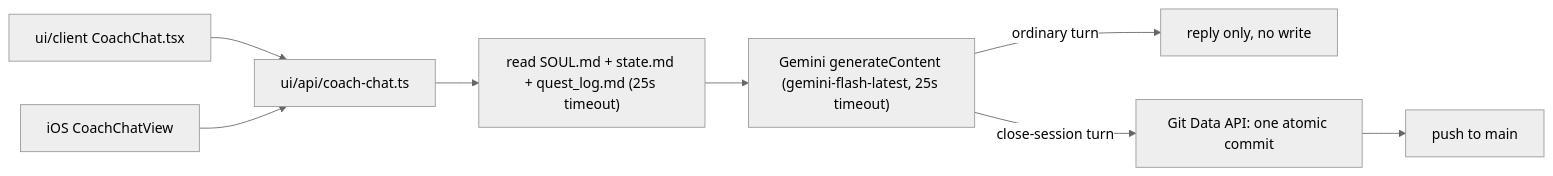
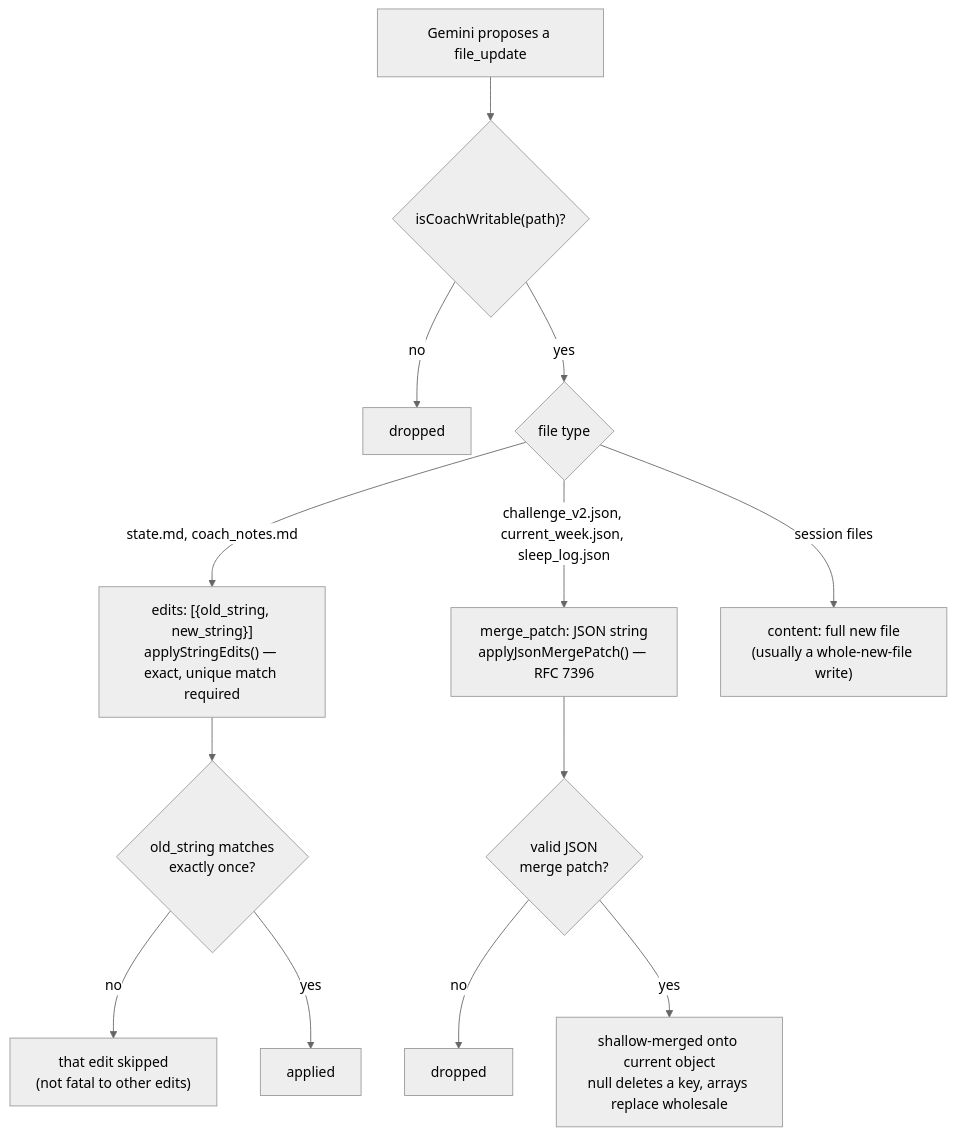
Before and after one commit to sibling-shipyard/coach-hq: the third of 4 diagrams in docs/eng-docs/coach-chat-flow.md, drawn with Mermaid (neutral theme). The commit also changed other lines of this file, not shown here.

First line of the commit message:
docs: rewrite coach-chat-flow.md for the redesigned architecture

````diff
--- a/docs/eng-docs/coach-chat-flow.md
+++ b/docs/eng-docs/coach-chat-flow.md
@@ -14,10 +145,15 @@
 ```mermaid
-flowchart LR
-    web["ui/client CoachChat.tsx"] --> api["ui/api/coach-chat.ts"]
-    ios["iOS CoachChatView"] --> api
-    api --> ctx["read SOUL.md + state.md + quest_log.md (25s timeout)"]
-    ctx --> gemini["Gemini generateContent (gemini-flash-latest, 25s timeout)"]
-    gemini -- "ordinary turn" --> reply["reply only, no write"]
-    gemini -- "close-session turn" --> gitdata["Git Data API: one atomic commit"]
-    gitdata --> repo["push to main"]
+flowchart TD
+    update["Gemini proposes a file_update"] --> writable{"isCoachWritable(path)?"}
+    writable -- no --> drop1["dropped"]
+    writable -- yes --> kind{"file type"}
+    kind -- "state.md, coach_notes.md" --> edits["edits: [{old_string, new_string}]\napplyStringEdits() — exact, unique match required"]
+    kind -- "challenge_v2.json, current_week.json, sleep_log.json" --> patch["merge_patch: JSON string\napplyJsonMergePatch() — RFC 7396"]
+    kind -- "session files" --> content["content: full new file\n(usually a whole-new-file write)"]
+    edits --> matched{"old_string matches\nexactly once?"}
+    matched -- no --> drop2["that edit skipped\n(not fatal to other edits)"]
+    matched -- yes --> applied["applied"]
+    patch --> validJson{"valid JSON\nmerge patch?"}
+    validJson -- no --> drop3["dropped"]
+    validJson -- yes --> merged["shallow-merged onto current object\nnull deletes a key, arrays replace wholesale"]
 ```
````
